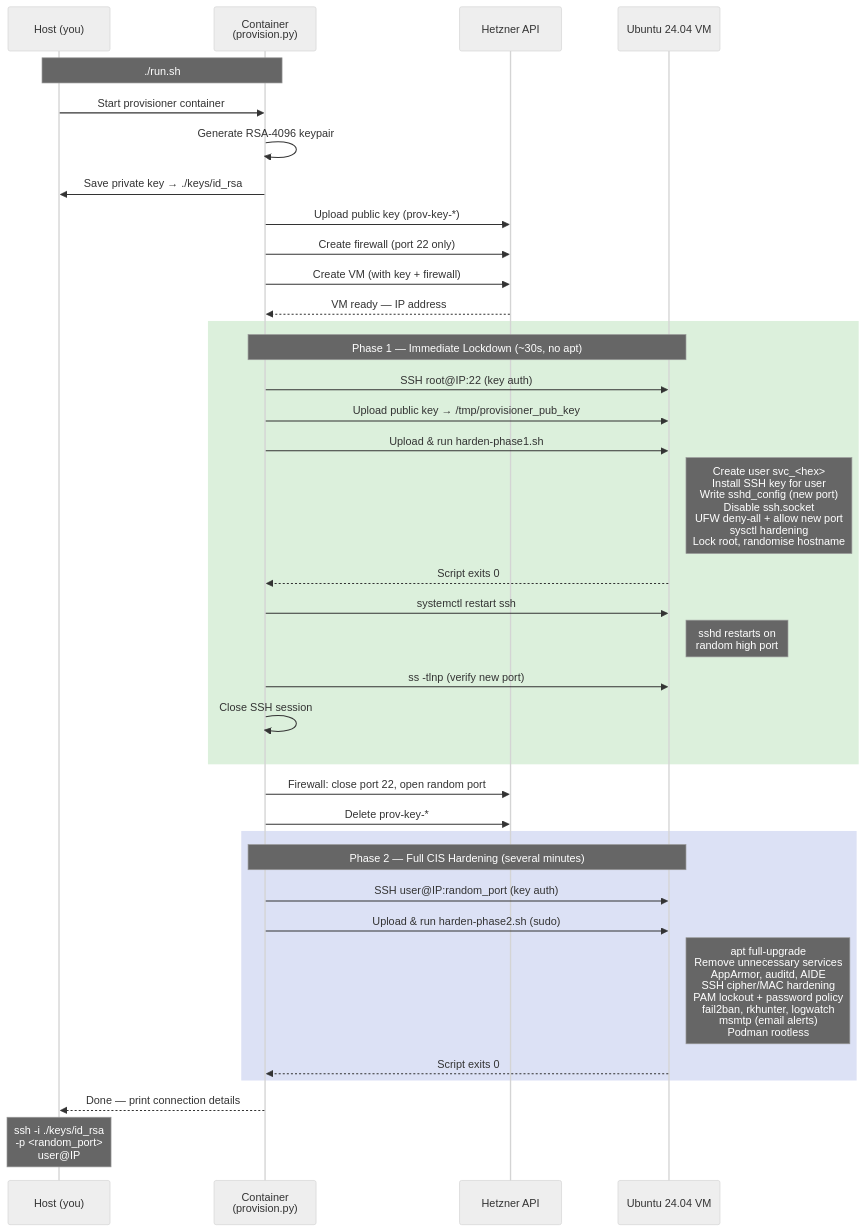
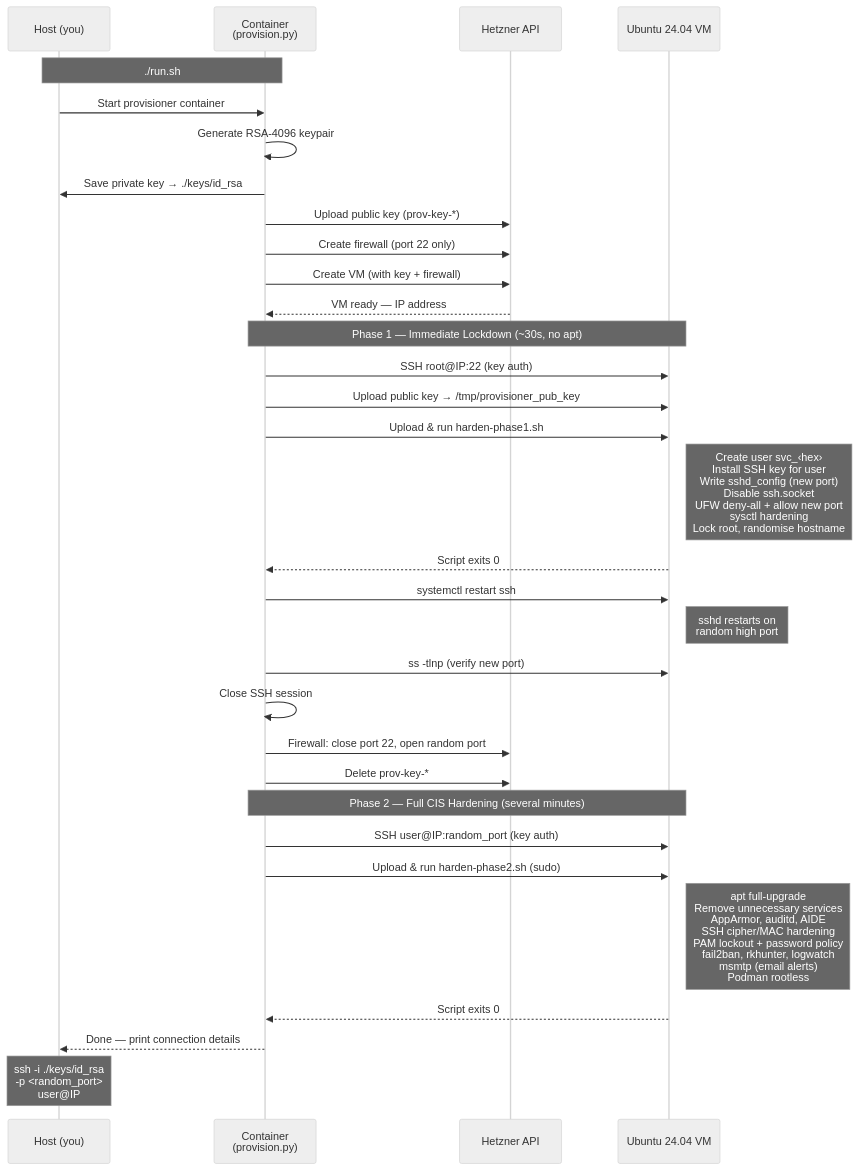
Before and after one commit to carlok/Ubuntu-Hardening: the first of 2 diagrams in README.md, drawn with Mermaid (neutral theme). The commit also changed other lines of this file, not shown here.

Commit message:
Remove hardcoded colors from Mermaid diagrams for dark mode compat

````diff
--- a/README.md
+++ b/README.md
@@ -46,44 +46,40 @@
 ```mermaid
 sequenceDiagram
     participant H as Host (you)
     participant C as Container<br/>(provision.py)
     participant API as Hetzner API
     participant VM as Ubuntu 24.04 VM
 
     Note over H,C: ./run.sh
 
     H->>C: Start provisioner container
     C->>C: Generate RSA-4096 keypair
     C->>H: Save private key → ./keys/id_rsa
     C->>API: Upload public key (prov-key-*)
     C->>API: Create firewall (port 22 only)
     C->>API: Create VM (with key + firewall)
     API-->>C: VM ready — IP address
 
-    rect rgb(220, 240, 220)
-        Note over C,VM: Phase 1 — Immediate Lockdown (~30s, no apt)
-        C->>VM: SSH root@IP:22 (key auth)
-        C->>VM: Upload public key → /tmp/provisioner_pub_key
-        C->>VM: Upload & run harden-phase1.sh
-        Note right of VM: Create user svc_<hex><br/>Install SSH key for user<br/>Write sshd_config (new port)<br/>Disable ssh.socket<br/>UFW deny-all + allow new port<br/>sysctl hardening<br/>Lock root, randomise hostname
-        VM-->>C: Script exits 0
-        C->>VM: systemctl restart ssh
-        Note right of VM: sshd restarts on<br/>random high port
-        C->>VM: ss -tlnp (verify new port)
-        C->>C: Close SSH session
-    end
+    Note over C,VM: Phase 1 — Immediate Lockdown (~30s, no apt)
+    C->>VM: SSH root@IP:22 (key auth)
+    C->>VM: Upload public key → /tmp/provisioner_pub_key
+    C->>VM: Upload & run harden-phase1.sh
+    Note right of VM: Create user svc_‹hex›<br/>Install SSH key for user<br/>Write sshd_config (new port)<br/>Disable ssh.socket<br/>UFW deny-all + allow new port<br/>sysctl hardening<br/>Lock root, randomise hostname
+    VM-->>C: Script exits 0
+    C->>VM: systemctl restart ssh
+    Note right of VM: sshd restarts on<br/>random high port
+    C->>VM: ss -tlnp (verify new port)
+    C->>C: Close SSH session
 
     C->>API: Firewall: close port 22, open random port
     C->>API: Delete prov-key-*
 
-    rect rgb(220, 225, 245)
-        Note over C,VM: Phase 2 — Full CIS Hardening (several minutes)
-        C->>VM: SSH user@IP:random_port (key auth)
-        C->>VM: Upload & run harden-phase2.sh (sudo)
-        Note right of VM: apt full-upgrade<br/>Remove unnecessary services<br/>AppArmor, auditd, AIDE<br/>SSH cipher/MAC hardening<br/>PAM lockout + password policy<br/>fail2ban, rkhunter, logwatch<br/>msmtp (email alerts)<br/>Podman rootless
-        VM-->>C: Script exits 0
-    end
+    Note over C,VM: Phase 2 — Full CIS Hardening (several minutes)
+    C->>VM: SSH user@IP:random_port (key auth)
+    C->>VM: Upload & run harden-phase2.sh (sudo)
+    Note right of VM: apt full-upgrade<br/>Remove unnecessary services<br/>AppArmor, auditd, AIDE<br/>SSH cipher/MAC hardening<br/>PAM lockout + password policy<br/>fail2ban, rkhunter, logwatch<br/>msmtp (email alerts)<br/>Podman rootless
+    VM-->>C: Script exits 0
 
     C-->>H: Done — print connection details
     Note over H: ssh -i ./keys/id_rsa<br/>-p <random_port><br/>user@IP
 ```
````
